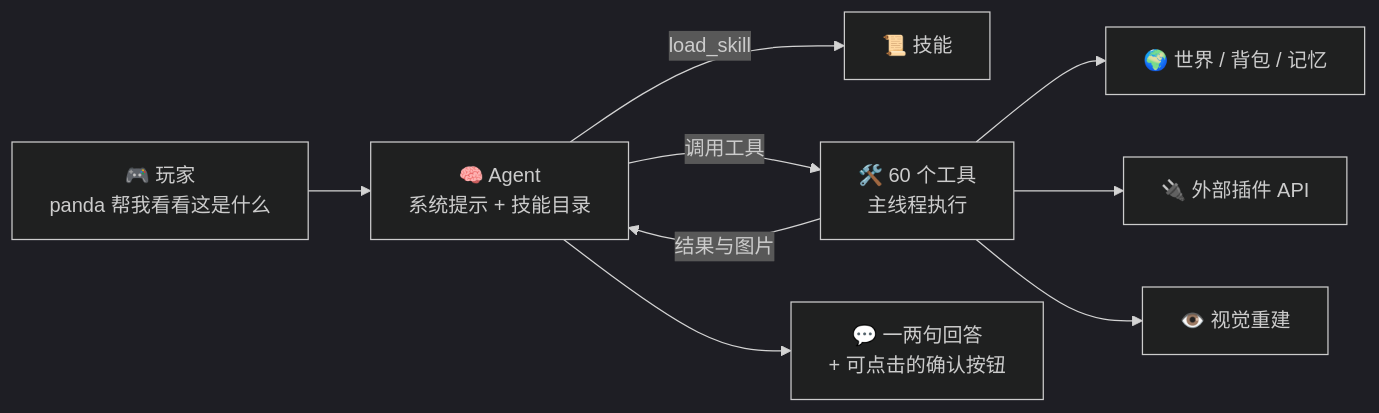
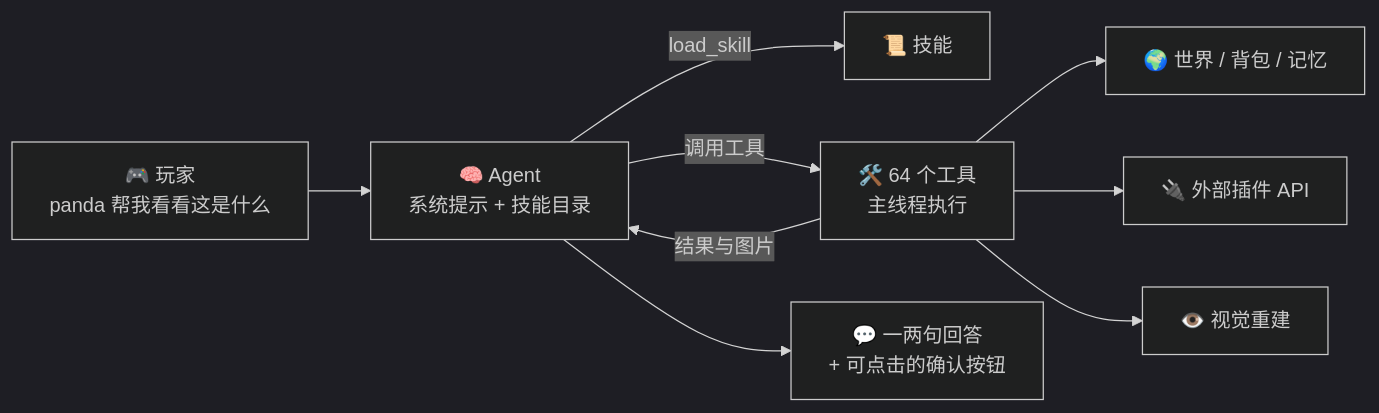
The diagram in docs/wiki/zh/Home.md (obsidianplusplus/PandaGPT), drawn with Mermaid (dark theme) before and after one commit. The commit also changed other lines of this file and 41 other files, not shown here.

````diff
--- a/docs/wiki/zh/Home.md
+++ b/docs/wiki/zh/Home.md
@@ -61,11 +64,11 @@
 ```mermaid
 flowchart LR
     P["🎮 玩家<br/>panda 帮我看看这是什么"] --> A["🧠 Agent<br/>系统提示 + 技能目录"]
     A -->|load_skill| S["📜 技能"]
-    A -->|调用工具| T["🛠️ 60 个工具<br/>主线程执行"]
+    A -->|调用工具| T["🛠️ 64 个工具<br/>主线程执行"]
     T --> W["🌍 世界 / 背包 / 记忆"]
     T --> I["🔌 外部插件 API"]
     T --> V["👁️ 视觉重建"]
     T -->|结果与图片| A
     A --> R["💬 一两句回答<br/>+ 可点击的确认按钮"]
 ```
````
